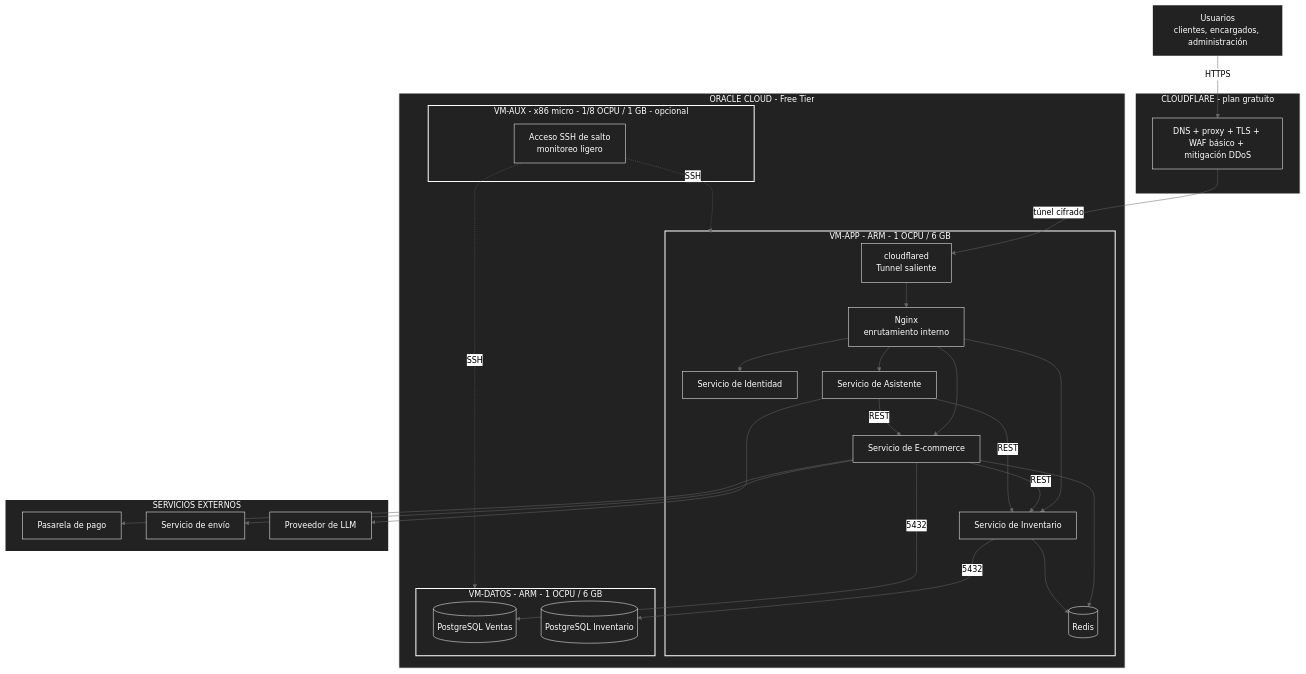
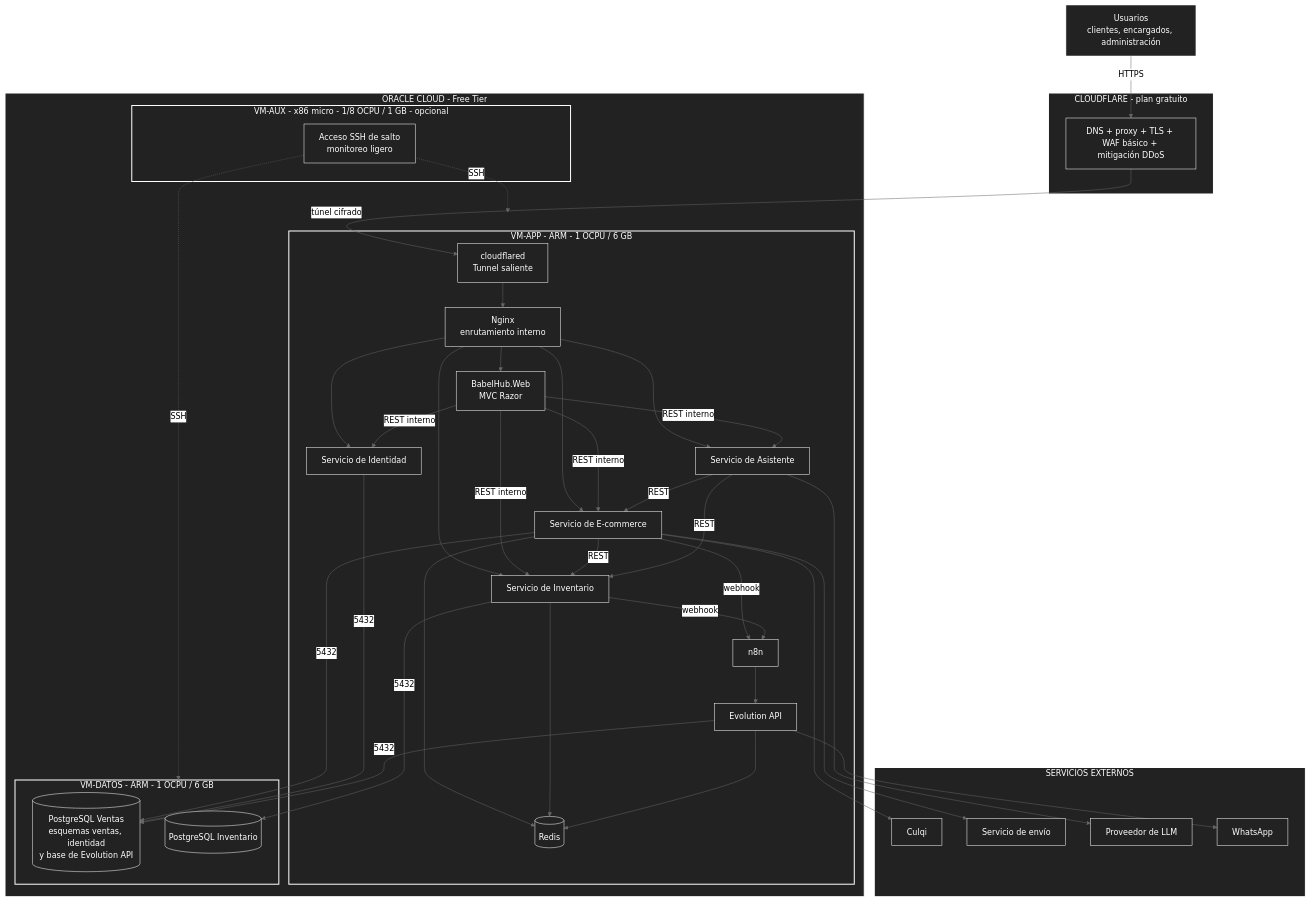
Before and after one commit to P35C4D0R4B1050/BabelHub: the diagram in docs/05-decisiones-arquitectonicas.md, drawn with Mermaid (neutral theme). The commit also changed other lines of this file and 1 other file, not shown here.

```diff
--- a/docs/05-decisiones-arquitectonicas.md
+++ b/docs/05-decisiones-arquitectonicas.md
@@ -59,14 +69,17 @@
 subgraph APP["VM-APP - ARM - 1 OCPU / 6 GB"]
 CFD["cloudflared<br/>Tunnel saliente"]
 NGX["Nginx<br/>enrutamiento interno"]
+WEB["BabelHub.Web<br/>MVC Razor"]
 ECO["Servicio de E-commerce"]
 INV["Servicio de Inventario"]
 IDE["Servicio de Identidad"]
 ASI["Servicio de Asistente"]
+N8N["n8n"]
+EVO["Evolution API"]
 RED[("Redis")]
 end
 subgraph DAT["VM-DATOS - ARM - 1 OCPU / 6 GB"]
-DBV[("PostgreSQL Ventas")]
+DBV[("PostgreSQL Ventas<br/>esquemas ventas, identidad<br/>y base de Evolution API")]
 DBI[("PostgreSQL Inventario")]
 end
 subgraph AUX["VM-AUX - x86 micro - 1/8 OCPU / 1 GB - opcional"]
@@ -75,25 +88,38 @@
 end
 
 subgraph EXT["SERVICIOS EXTERNOS"]
-PAG["Pasarela de pago"]
+PAG["Culqi"]
 ENV["Servicio de envío"]
 LLM["Proveedor de LLM"]
+WA["WhatsApp"]
 end
 
 USR -->|"HTTPS"| CFE
 CFE -->|"túnel cifrado"| CFD
 CFD --> NGX
+NGX --> WEB
 NGX --> ECO
 NGX --> INV
 NGX --> IDE
 NGX --> ASI
+WEB -->|"REST interno"| ECO
+WEB -->|"REST interno"| INV
+WEB -->|"REST interno"| IDE
+WEB -->|"REST interno"| ASI
 ECO -->|"REST"| INV
 ASI -->|"REST"| ECO
 ASI -->|"REST"| INV
 ECO --> RED
 INV --> RED
+EVO --> RED
 ECO -->|"5432"| DBV
+IDE -->|"5432"| DBV
+EVO -->|"5432"| DBV
 INV -->|"5432"| DBI
+ECO -->|"webhook"| N8N
+INV -->|"webhook"| N8N
+N8N --> EVO
+EVO --> WA
 ECO --> PAG
 ECO --> ENV
 ASI --> LLM
@@ -110,6 +136,10 @@
 style CFE fill:#222,stroke:#fff,color:#fff
 style CFD fill:#222,stroke:#fff,color:#fff
 style NGX fill:#222,stroke:#fff,color:#fff
+style WEB fill:#222,stroke:#fff,color:#fff
+style N8N fill:#222,stroke:#fff,color:#fff
+style EVO fill:#222,stroke:#fff,color:#fff
+style WA fill:#222,stroke:#fff,color:#fff
 style ECO fill:#222,stroke:#fff,color:#fff
 style INV fill:#222,stroke:#fff,color:#fff
 style IDE fill:#222,stroke:#fff,color:#fff
```
